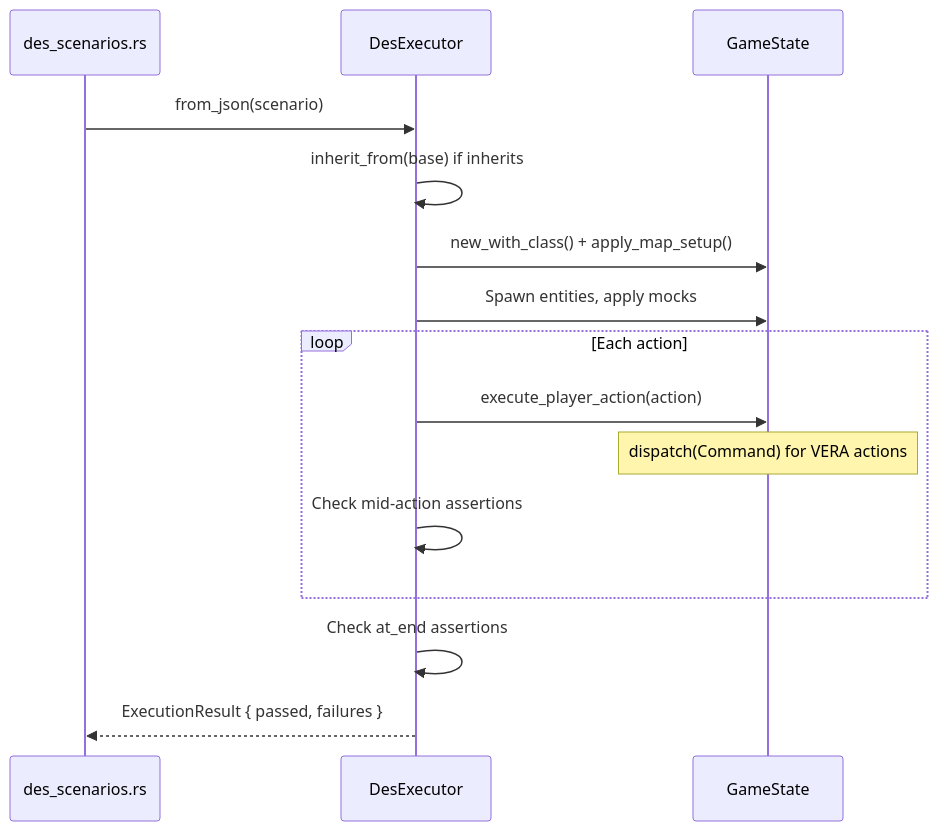
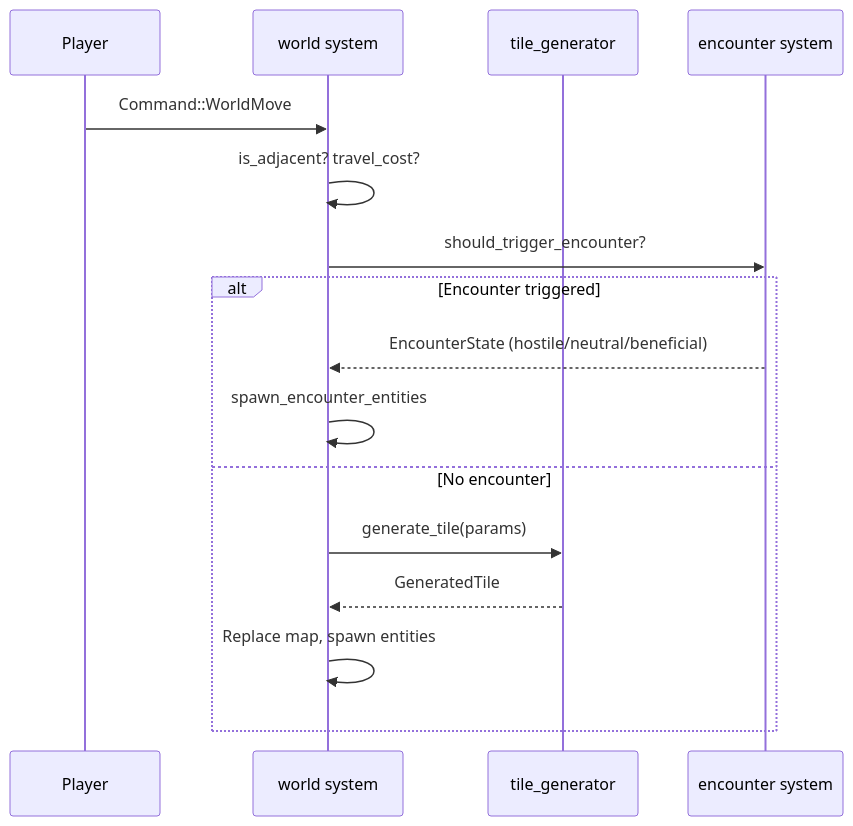
The sixth of 10 diagrams in .agents/summary/workflows.md (EliasVahlberg/saltglass-steppe), drawn with Mermaid before and after one commit. The commit also changed other lines of this file and 30 other files, not shown here.

````diff
--- a/.agents/summary/workflows.md
+++ b/.agents/summary/workflows.md
@@ -143,18 +113,19 @@
 ```mermaid
 sequenceDiagram
-    participant Runner as des_scenarios.rs
-    participant DES as DesExecutor
-    participant GS as GameState
+    participant P as Player
+    participant W as world system
+    participant TG as tile_generator
+    participant E as encounter system
 
-    Runner->>DES: from_json(scenario)
-    DES->>DES: inherit_from(base) if inherits
-    DES->>GS: new_with_class() + apply_map_setup()
-    DES->>GS: Spawn entities, apply mocks
-    loop Each action
-        DES->>GS: execute_player_action(action)
-        Note over GS: dispatch(Command) for VERA actions
-        DES->>DES: Check mid-action assertions
+    P->>W: Command::WorldMove
+    W->>W: is_adjacent? travel_cost?
+    W->>E: should_trigger_encounter?
+    alt Encounter triggered
+        E-->>W: EncounterState (hostile/neutral/beneficial)
+        W->>W: spawn_encounter_entities
+    else No encounter
+        W->>TG: generate_tile(params)
+        TG-->>W: GeneratedTile
+        W->>W: Replace map, spawn entities
     end
-    DES->>DES: Check at_end assertions
-    DES-->>Runner: ExecutionResult { passed, failures }
 ```
````
